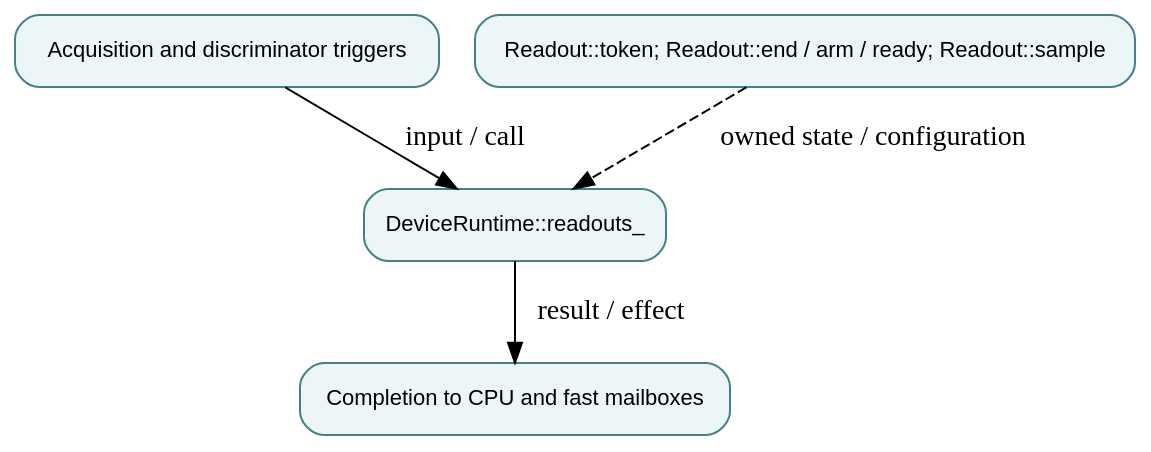
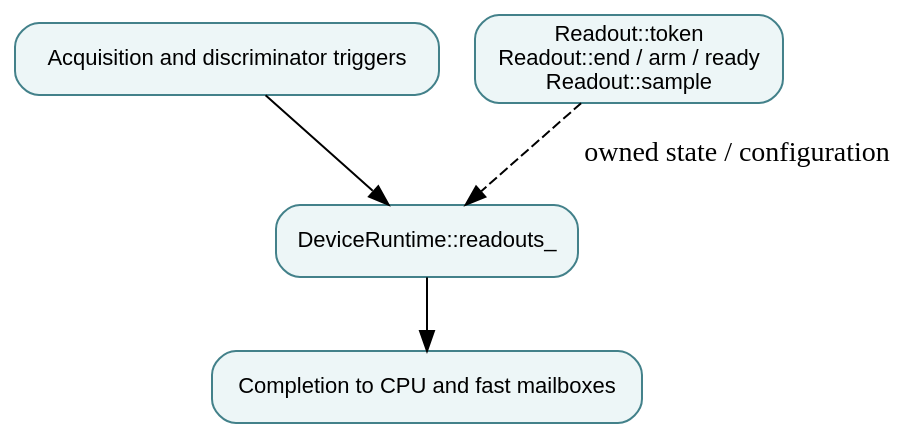
The diagram in docs/modules/acquisition-and-discrimination.md (qsbit-org/qsbit-sim), drawn with Graphviz before and after one commit. The commit also changed other lines of this file and 41 other files, not shown here.

````diff
--- a/docs/modules/acquisition-and-discrimination.md
+++ b/docs/modules/acquisition-and-discrimination.md
@@ -17,11 +15,11 @@
 ```{graphviz}
 digraph module {
   rankdir=TB; bgcolor="transparent";
   node [shape=box, style="rounded,filled", fillcolor="#edf6f7", color="#43818a", fontname="sans-serif", fontsize=11];
   input [label="Acquisition and discriminator triggers"];
   owner [label="DeviceRuntime::readouts_"];
-  state [label="Readout::token; Readout::end / arm / ready; Readout::sample"];
+  state [label="Readout::token\nReadout::end / arm / ready\nReadout::sample"];
   output [label="Completion to CPU and fast mailboxes"];
-  input -> owner [label="input / call"]; owner -> output [label="result / effect"]; state -> owner [style=dashed, label="owned state / configuration"];
+  input -> owner; owner -> output; state -> owner [style=dashed, label="owned state / configuration"];
 }
 ```
````
